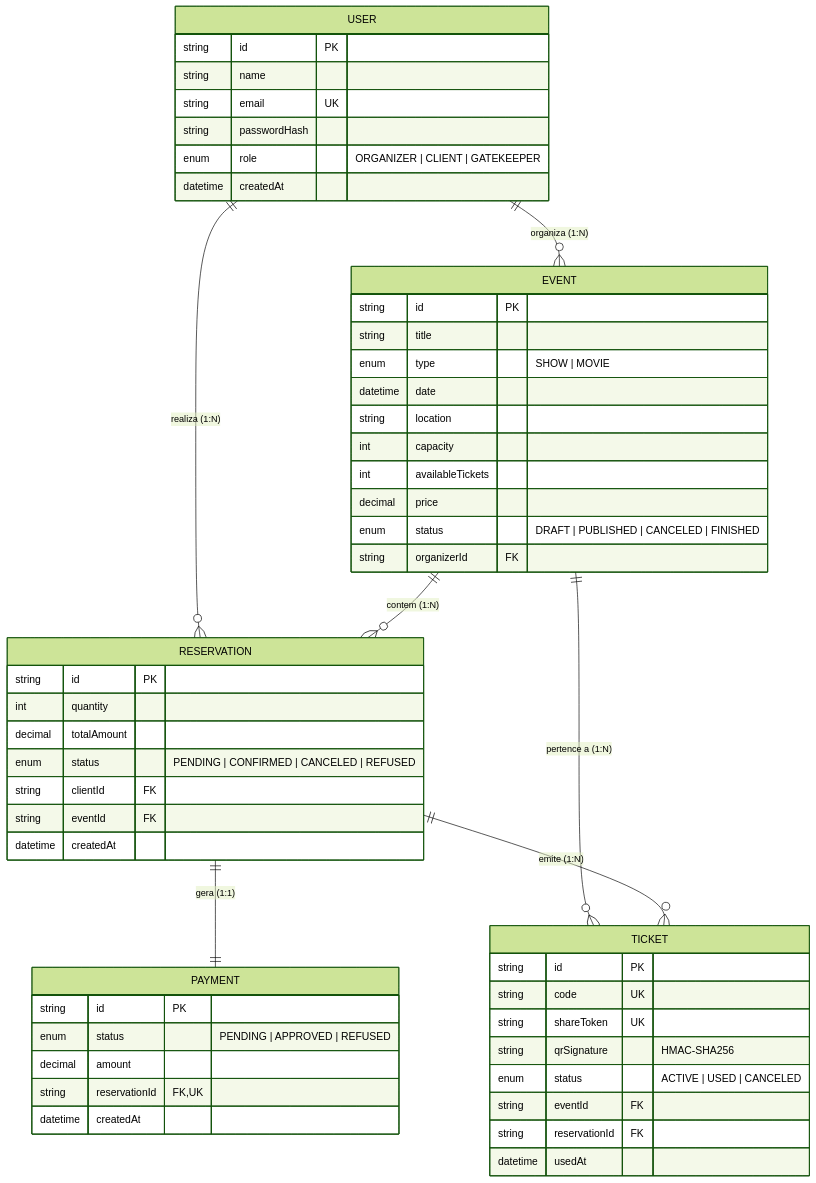
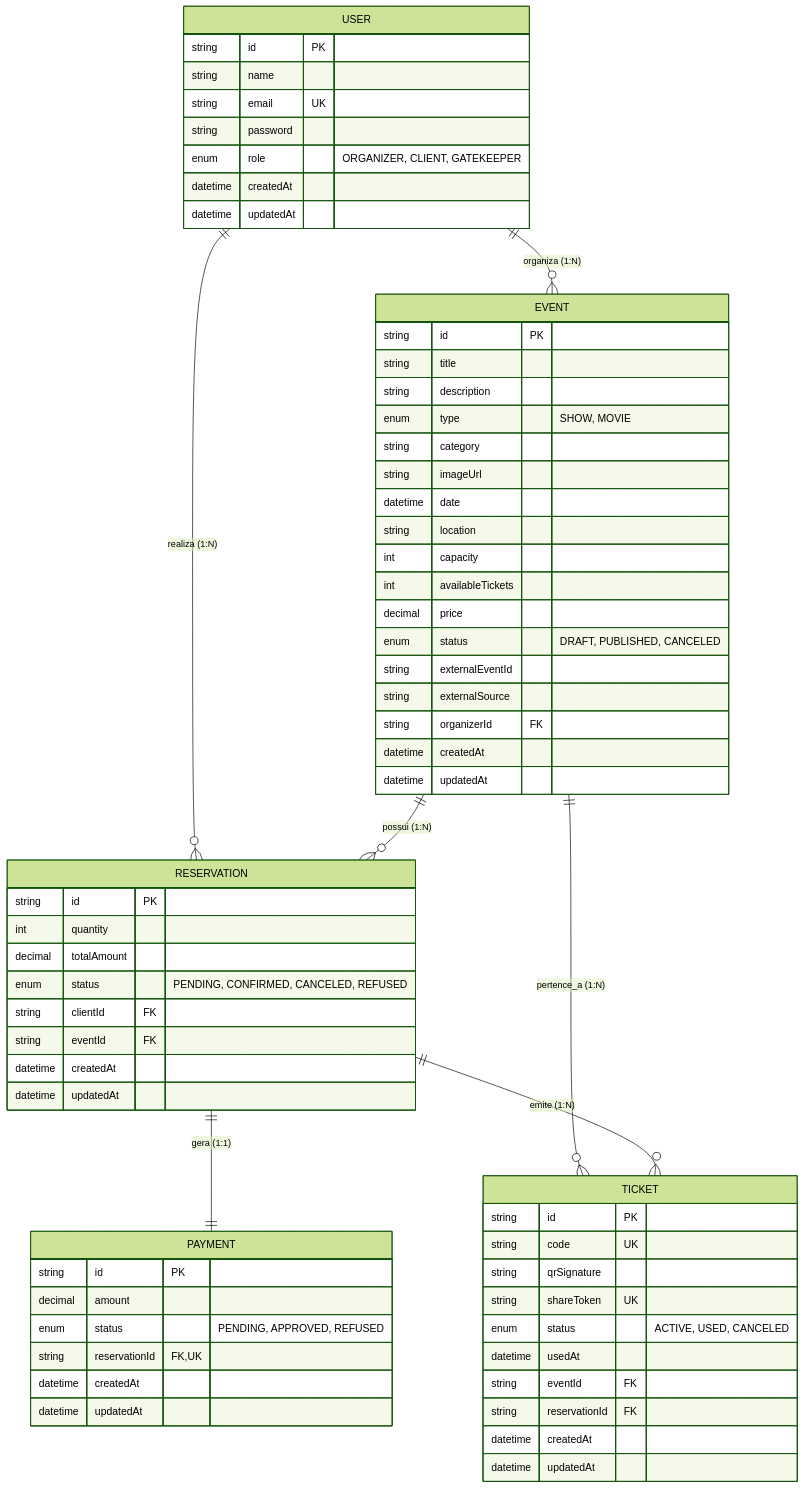
The diagram in README.md (ludson96/desafio-elite-dev), drawn with Mermaid (forest theme) before and after one commit. The commit also changed other lines of this file and 4 other files, not shown here.

````diff
--- a/README.md
+++ b/README.md
@@ -114,60 +135,72 @@
 ```mermaid
 erDiagram
     USER ||--o{ EVENT : "organiza (1:N)"
     USER ||--o{ RESERVATION : "realiza (1:N)"
-    EVENT ||--o{ RESERVATION : "contem (1:N)"
-    EVENT ||--o{ TICKET : "pertence a (1:N)"
+    EVENT ||--o{ RESERVATION : "possui (1:N)"
+    EVENT ||--o{ TICKET : "pertence_a (1:N)"
     RESERVATION ||--|| PAYMENT : "gera (1:1)"
     RESERVATION ||--o{ TICKET : "emite (1:N)"
 
     USER {
         string id PK
         string name
         string email UK
-        string passwordHash
-        enum role "ORGANIZER | CLIENT | GATEKEEPER"
+        string password
+        enum role "ORGANIZER, CLIENT, GATEKEEPER"
         datetime createdAt
+        datetime updatedAt
     }
 
     EVENT {
         string id PK
         string title
-        enum type "SHOW | MOVIE"
+        string description
+        enum type "SHOW, MOVIE"
+        string category
+        string imageUrl
         datetime date
         string location
         int capacity
         int availableTickets
         decimal price
-        enum status "DRAFT | PUBLISHED | CANCELED | FINISHED"
+        enum status "DRAFT, PUBLISHED, CANCELED"
+        string externalEventId
+        string externalSource
         string organizerId FK
+        datetime createdAt
+        datetime updatedAt
     }
 
     RESERVATION {
         string id PK
         int quantity
         decimal totalAmount
-        enum status "PENDING | CONFIRMED | CANCELED | REFUSED"
+        enum status "PENDING, CONFIRMED, CANCELED, REFUSED"
         string clientId FK
         string eventId FK
         datetime createdAt
+        datetime updatedAt
     }
 
     PAYMENT {
         string id PK
-        enum status "PENDING | APPROVED | REFUSED"
         decimal amount
+        enum status "PENDING, APPROVED, REFUSED"
         string reservationId FK,UK
         datetime createdAt
+        datetime updatedAt
     }
 
     TICKET {
         string id PK
         string code UK
+        string qrSignature
         string shareToken UK
-        string qrSignature "HMAC-SHA256"
-        enum status "ACTIVE | USED | CANCELED"
+        enum status "ACTIVE, USED, CANCELED"
+        datetime usedAt
         string eventId FK
         string reservationId FK
-        datetime usedAt
+        datetime createdAt
+        datetime updatedAt
     }
 ```
````
